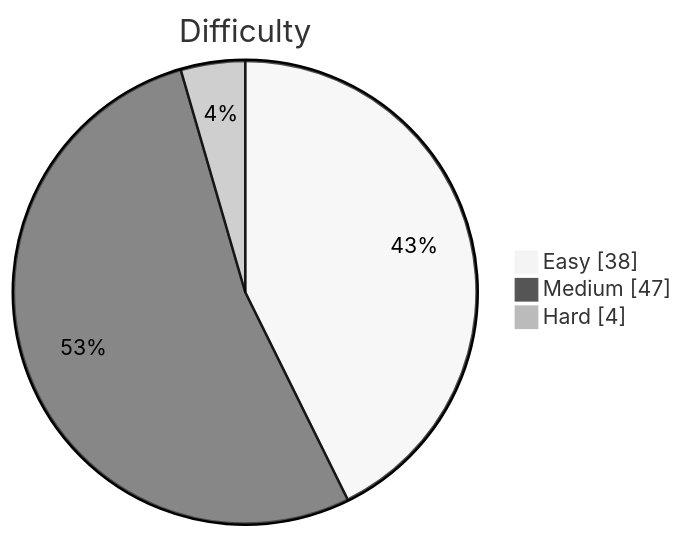
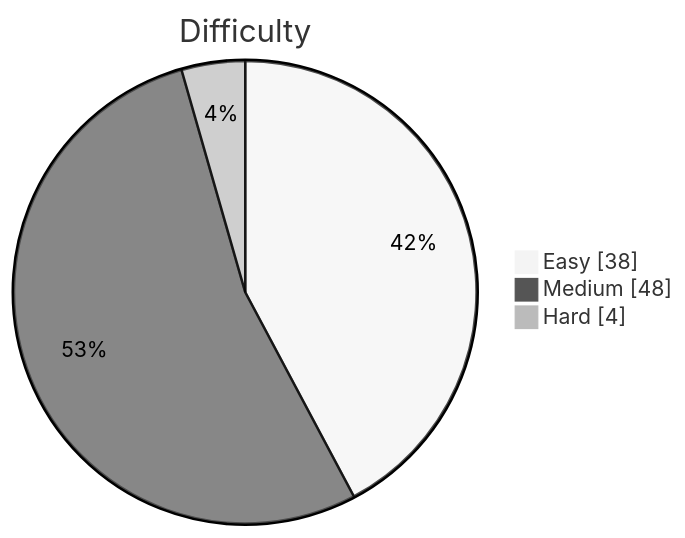
One commit to kevstevie/python-algo-practice changed the diagram in README.md. Above: the diagram before and after it, drawn with Mermaid (neutral theme). The commit also changed other lines of this file, not shown here.

````diff
--- a/README.md
+++ b/README.md
@@ -13,7 +13,7 @@
 ```mermaid
 pie showData
     title Difficulty
     "Easy"   : 38
-    "Medium" : 47
+    "Medium" : 48
     "Hard"   : 4
 ```
````
